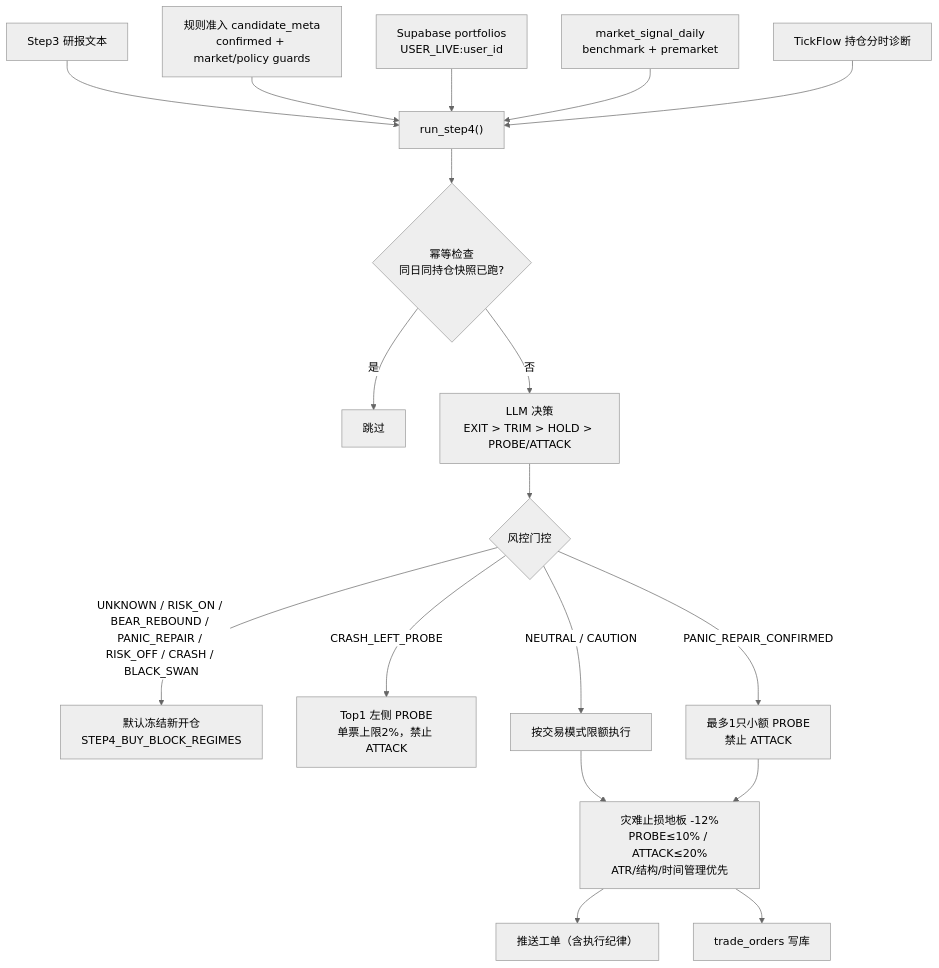
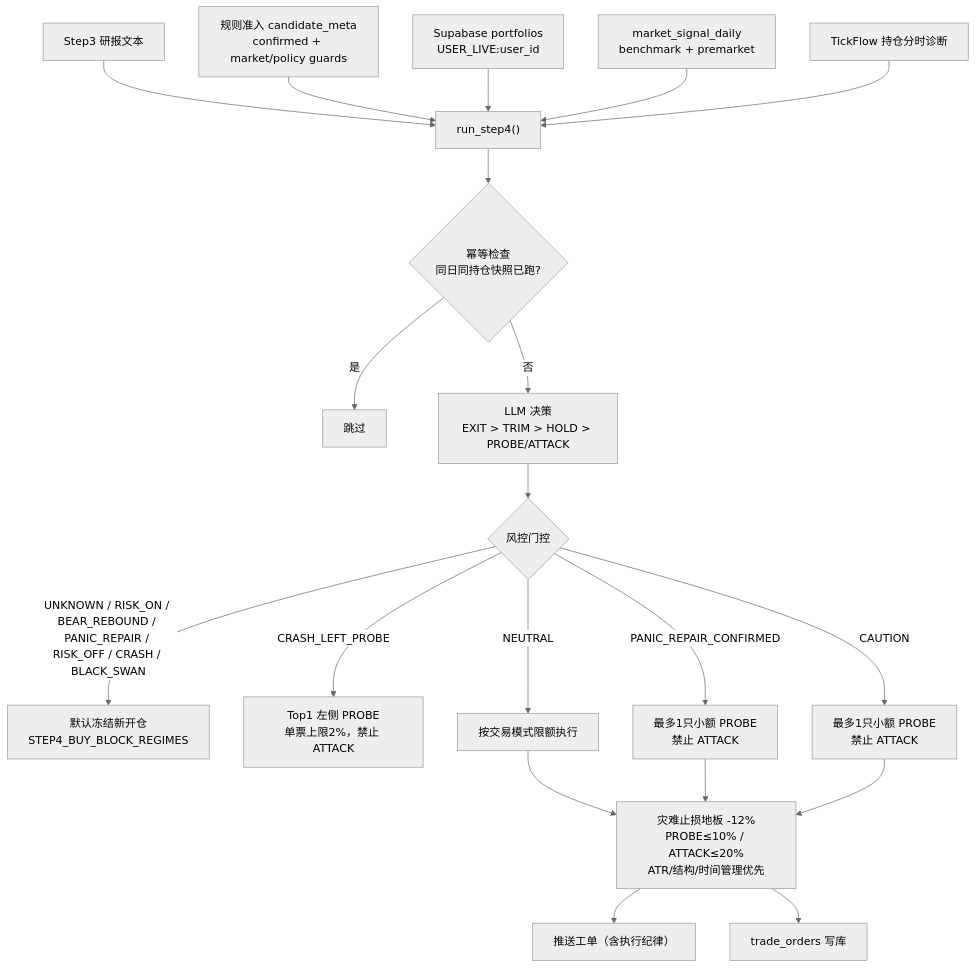
Before and after one commit to niyoh120/Wyckoff-Analysis: the fifth of 7 diagrams in docs/A_SHARE_FUNNEL_FLOW.md, drawn with Mermaid (neutral theme). The commit also changed other lines of this file and 39 other files, not shown here.

````diff
--- a/docs/A_SHARE_FUNNEL_FLOW.md
+++ b/docs/A_SHARE_FUNNEL_FLOW.md
@@ -300,23 +300,25 @@
 ```mermaid
 flowchart TD
     IN1["Step3 研报文本"] --> S4
     IN2["规则准入 candidate_meta<br/>confirmed + market/policy guards"] --> S4
     IN3["Supabase portfolios<br/>USER_LIVE:user_id"] --> S4
     IN4["market_signal_daily<br/>benchmark + premarket"] --> S4
     IN5["TickFlow 持仓分时诊断"] --> S4
 
     S4["run_step4()"] --> IDEM{"幂等检查<br/>同日同持仓快照已跑?"}
     IDEM -->|是| SKIP["跳过"]
     IDEM -->|否| LLM["LLM 决策<br/>EXIT > TRIM > HOLD > PROBE/ATTACK"]
 
     LLM --> RISK{"风控门控"}
     RISK -->|UNKNOWN / RISK_ON / BEAR_REBOUND / PANIC_REPAIR / RISK_OFF / CRASH / BLACK_SWAN| BLOCK_BUY["默认冻结新开仓<br/>STEP4_BUY_BLOCK_REGIMES"]
     RISK -->|CRASH_LEFT_PROBE| LEFT_PROBE["Top1 左侧 PROBE<br/>单票上限2%，禁止 ATTACK"]
     RISK -->|PANIC_REPAIR_CONFIRMED| REPAIR_PROBE["最多1只小额 PROBE<br/>禁止 ATTACK"]
-    RISK -->|NEUTRAL / CAUTION| ALLOW["按交易模式限额执行"]
+    RISK -->|CAUTION| CAUTION_PROBE["最多1只小额 PROBE<br/>禁止 ATTACK"]
+    RISK -->|NEUTRAL| ALLOW["按交易模式限额执行"]
 
     ALLOW --> OMS["灾难止损地板 -12%<br/>PROBE≤10% / ATTACK≤20%<br/>ATR/结构/时间管理优先"]
     REPAIR_PROBE --> OMS
+    CAUTION_PROBE --> OMS
     OMS --> TG["推送工单（含执行纪律）"]
     OMS --> DB["trade_orders 写库"]
 ```
````
